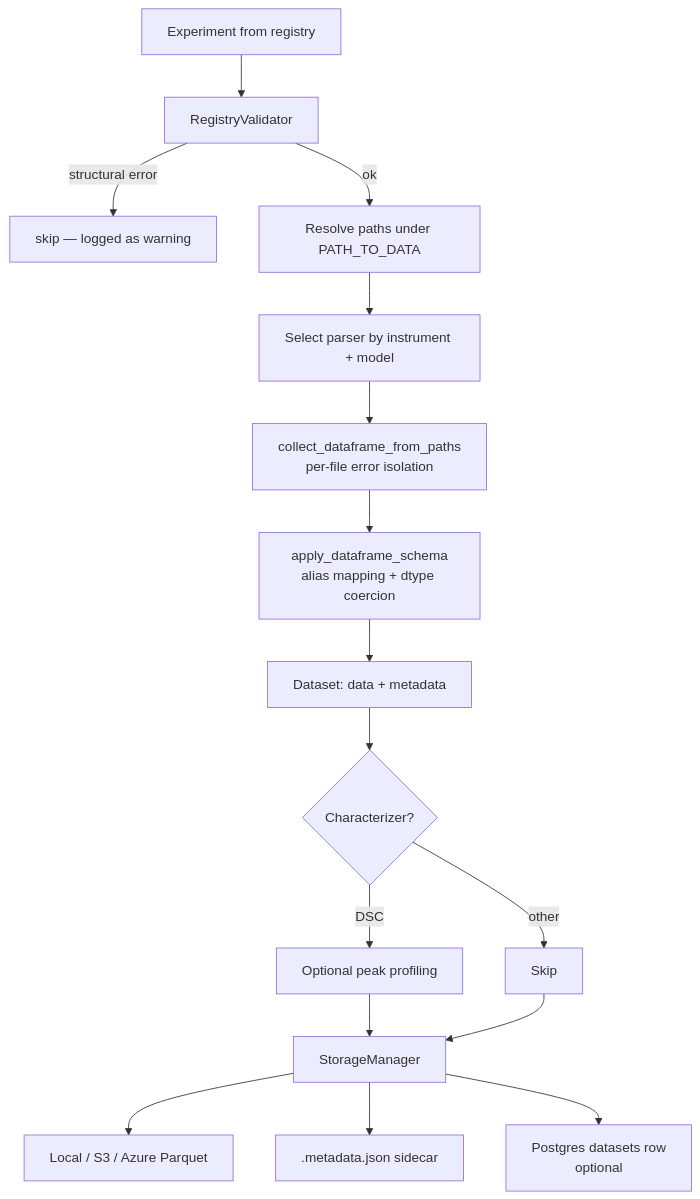
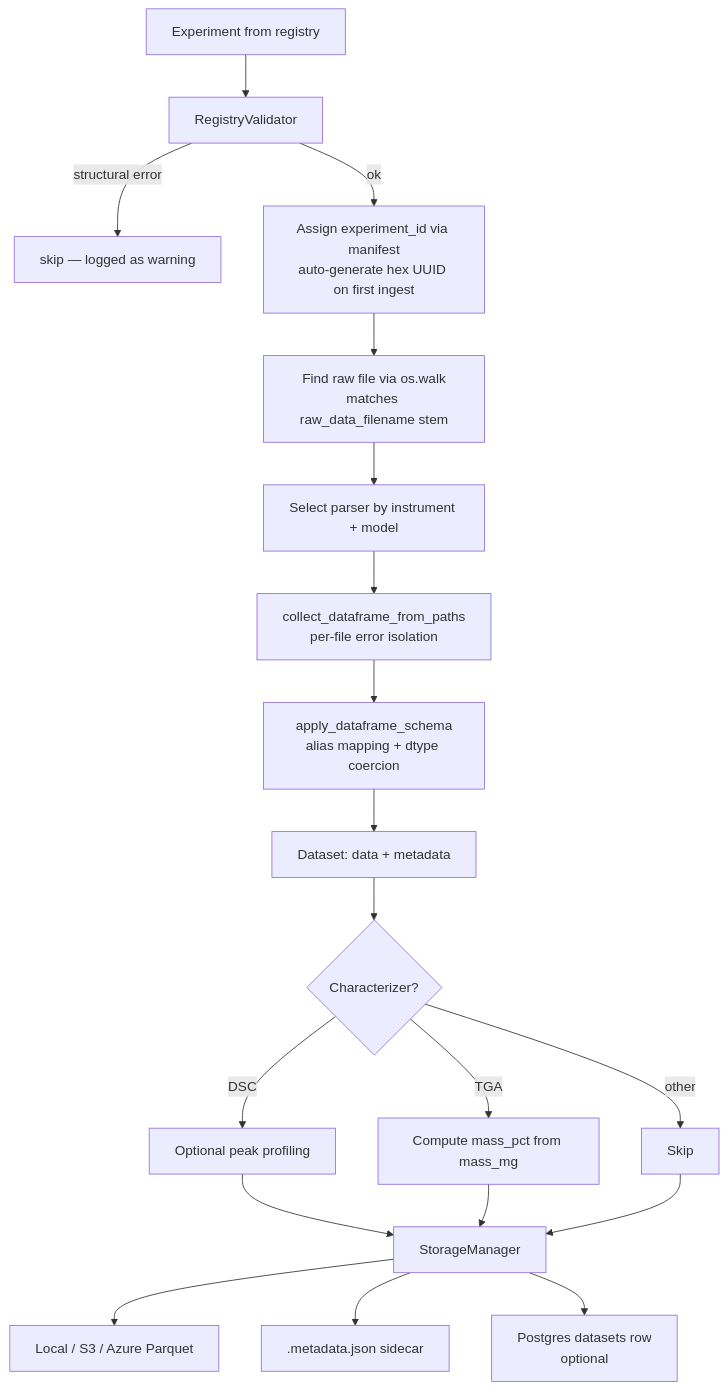
One commit to lucaAyt/mfethuls changed the fifth of 8 diagrams in docs/architecture.md. Above: the diagram before and after it, drawn with Mermaid. The commit also changed other lines of this file and 36 other files, not shown here.

````diff
--- a/docs/architecture.md
+++ b/docs/architecture.md
@@ -184,18 +184,21 @@
 ```mermaid
 flowchart TD
   A[Experiment from registry] --> B[RegistryValidator]
   B -->|structural error| X[skip — logged as warning]
-  B -->|ok| C[Resolve paths under PATH_TO_DATA]
-  C --> D[Select parser by instrument + model]
-  D --> E[collect_dataframe_from_paths\nper-file error isolation]
-  E --> F[apply_dataframe_schema\nalias mapping + dtype coercion]
-  F --> G[Dataset: data + metadata]
-  G --> H{Characterizer?}
-  H -->|DSC| I[Optional peak profiling]
-  H -->|other| J[Skip]
-  I --> K[StorageManager]
-  J --> K
-  K --> L[Local / S3 / Azure Parquet]
-  K --> M[.metadata.json sidecar]
-  K --> N[Postgres datasets row\noptional]
+  B -->|ok| C[Assign experiment_id via manifest\nauto-generate hex UUID on first ingest]
+  C --> D[Find raw file via os.walk\nmatches raw_data_filename stem]
+  D --> E[Select parser by instrument + model]
+  E --> F[collect_dataframe_from_paths\nper-file error isolation]
+  F --> G[apply_dataframe_schema\nalias mapping + dtype coercion]
+  G --> H[Dataset: data + metadata]
+  H --> I{Characterizer?}
+  I -->|DSC| J[Optional peak profiling]
+  I -->|TGA| JT[Compute mass_pct from mass_mg]
+  I -->|other| K[Skip]
+  J --> L[StorageManager]
+  JT --> L
+  K --> L
+  L --> M[Local / S3 / Azure Parquet]
+  L --> N[.metadata.json sidecar]
+  L --> O[Postgres datasets row\noptional]
 ```
````
